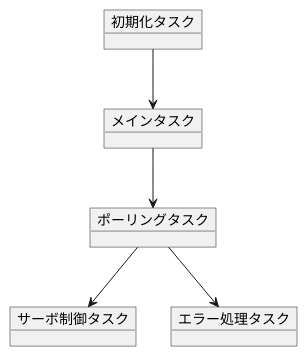
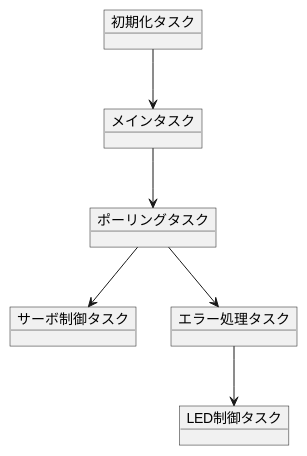
One commit to SeiyaIwabuchi/- changed the diagram in タスク構成図.md. Above: the diagram before and after it, drawn with PlantUML. The commit also changed other lines of this file and 3 other files, not shown here.

````diff
--- a/タスク構成図.md
+++ b/タスク構成図.md
@@ -1,13 +1,15 @@
 ``` plantuml
 @startuml
 object メインタスク
 object ポーリングタスク
 object サーボ制御タスク
 object エラー処理タスク
 object 初期化タスク
+object LED制御タスク
 メインタスク --> ポーリングタスク
 ポーリングタスク --> サーボ制御タスク
 ポーリングタスク --> エラー処理タスク
 初期化タスク --> メインタスク
+エラー処理タスク --> LED制御タスク
 @enduml
 ```
````
